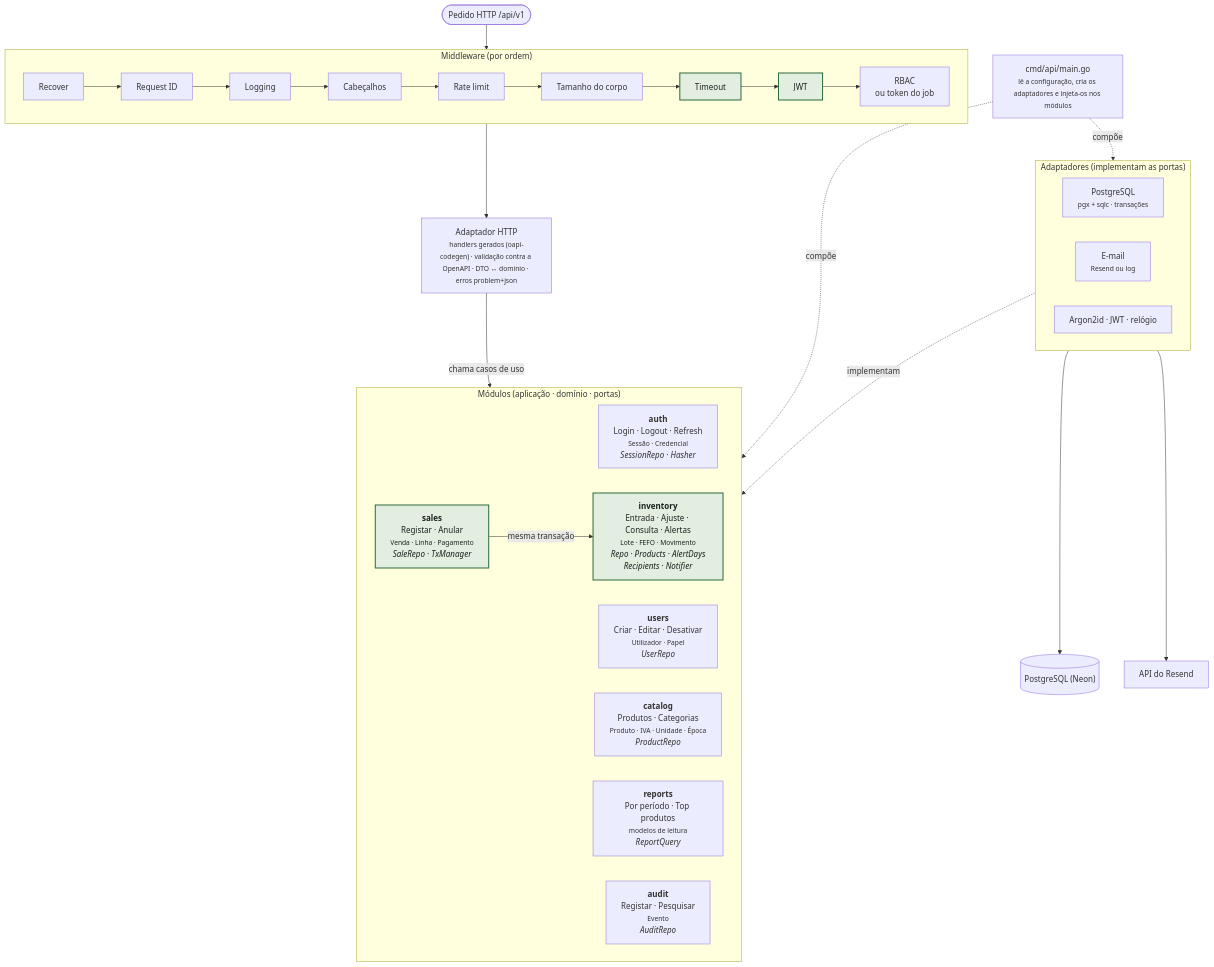
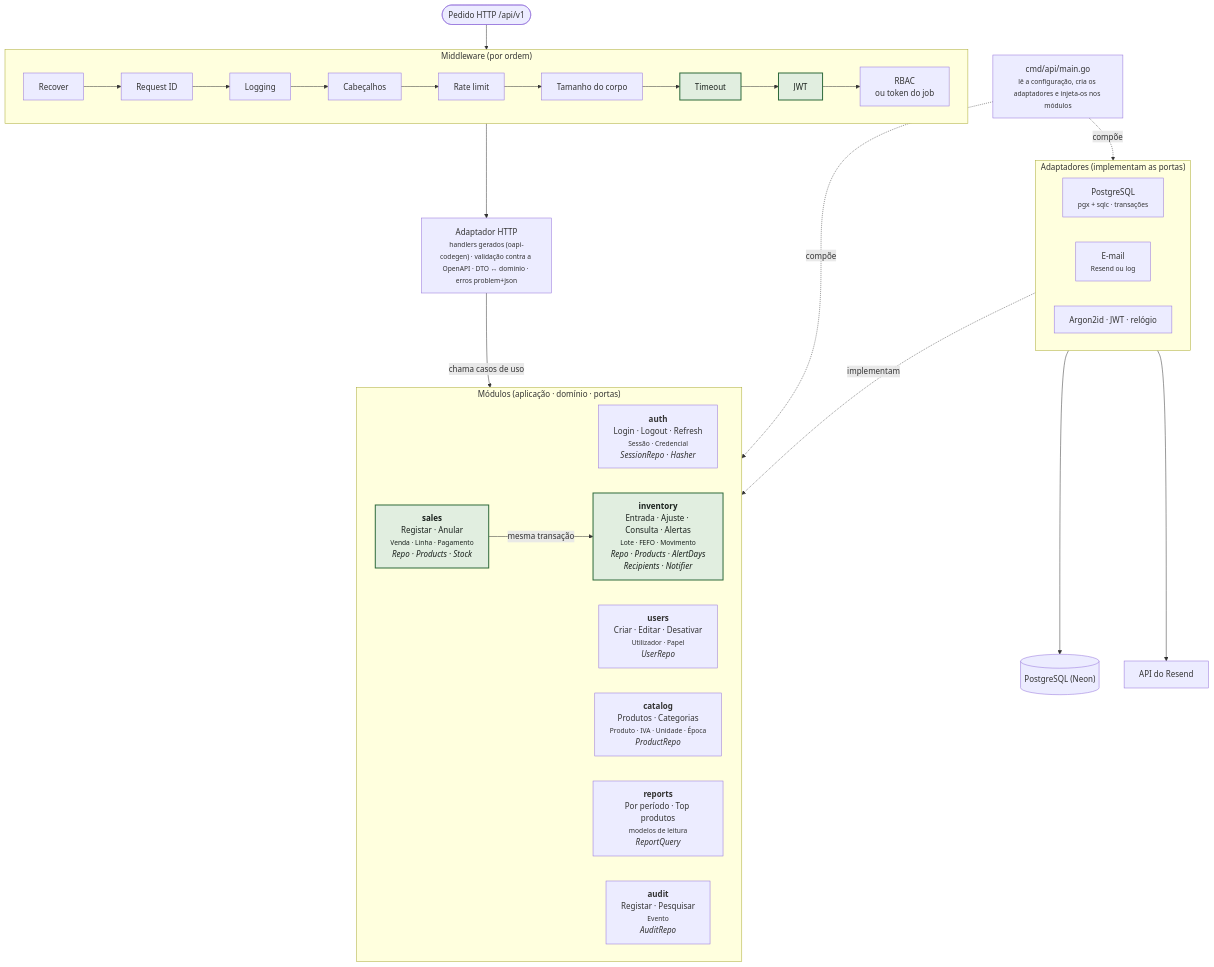
The first of 2 diagrams in docs/architecture/backend.md (VascoDuart/loja-da-quinta), drawn with Mermaid before and after one commit. The commit also changed other lines of this file and 42 other files, not shown here.

First line of the commit message:
feat(sales): counter sale with FEFO stock outflow (#15)

````diff
--- a/docs/architecture/backend.md
+++ b/docs/architecture/backend.md
@@ -7,44 +7,44 @@
 ```mermaid
 flowchart TB
     REQ(["Pedido HTTP /api/v1"])
 
     subgraph MW["Middleware (por ordem)"]
         direction LR
         M1[Recover] --> M2[Request ID] --> M3[Logging] --> M4[Cabeçalhos] --> M5[Rate limit] --> M6[Tamanho do corpo] --> M7[Timeout] --> M8[JWT] --> M9[RBAC<br/>ou token do job]
     end
 
     HTTP["Adaptador HTTP<br/><small>handlers gerados (oapi-codegen) · validação contra a OpenAPI · DTO ↔ domínio · erros problem+json</small>"]
 
     subgraph MOD["Módulos (aplicação · domínio · portas)"]
         direction LR
         AUTH["<b>auth</b><br/>Login · Logout · Refresh<br/><small>Sessão · Credencial</small><br/><i>SessionRepo · Hasher</i>"]
         USERS["<b>users</b><br/>Criar · Editar · Desativar<br/><small>Utilizador · Papel</small><br/><i>UserRepo</i>"]
         CAT["<b>catalog</b><br/>Produtos · Categorias<br/><small>Produto · IVA · Unidade · Época</small><br/><i>ProductRepo</i>"]
         INV["<b>inventory</b><br/>Entrada · Ajuste · Consulta · Alertas<br/><small>Lote · FEFO · Movimento</small><br/><i>Repo · Products · AlertDays<br/>Recipients · Notifier</i>"]
-        SALES["<b>sales</b><br/>Registar · Anular<br/><small>Venda · Linha · Pagamento</small><br/><i>SaleRepo · TxManager</i>"]
+        SALES["<b>sales</b><br/>Registar · Anular<br/><small>Venda · Linha · Pagamento</small><br/><i>Repo · Products · Stock</i>"]
         REP["<b>reports</b><br/>Por período · Top produtos<br/><small>modelos de leitura</small><br/><i>ReportQuery</i>"]
         AUD["<b>audit</b><br/>Registar · Pesquisar<br/><small>Evento</small><br/><i>AuditRepo</i>"]
     end
 
     subgraph AD["Adaptadores (implementam as portas)"]
         direction LR
         PGA["PostgreSQL<br/><small>pgx + sqlc · transações</small>"]
         MA["E-mail<br/><small>Resend ou log</small>"]
         CR["Argon2id · JWT · relógio"]
     end
 
     PG[("PostgreSQL (Neon)")]
     RS["API do Resend"]
     MAIN["cmd/api/main.go<br/><small>lê a configuração, cria os adaptadores e injeta-os nos módulos</small>"]
 
     REQ --> MW --> HTTP -- "chama casos de uso" --> MOD
     SALES -- "mesma transação" --> INV
     AD -. "implementam" .-> MOD
     PGA --> PG
     MA --> RS
     MAIN -. "compõe" .-> AD
     MAIN -. "compõe" .-> MOD
 
     classDef hot fill:#e1eee0,stroke:#2e6a3b,stroke-width:2px,color:#1b221e
     class INV,SALES,M7,M8 hot
 ```
````
